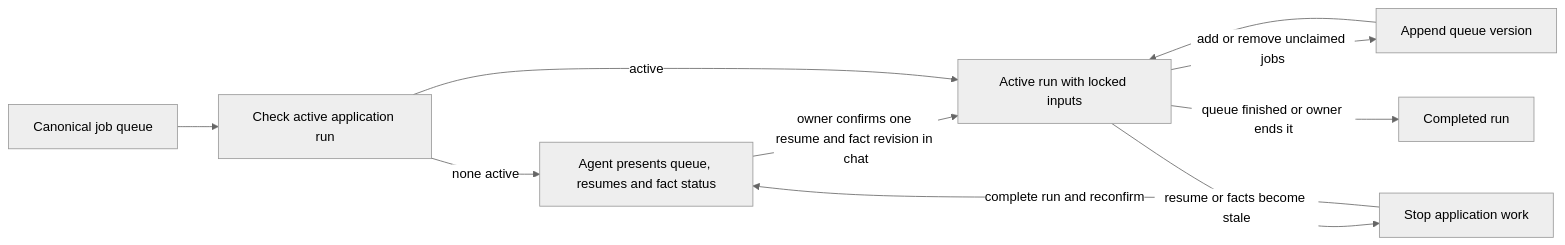
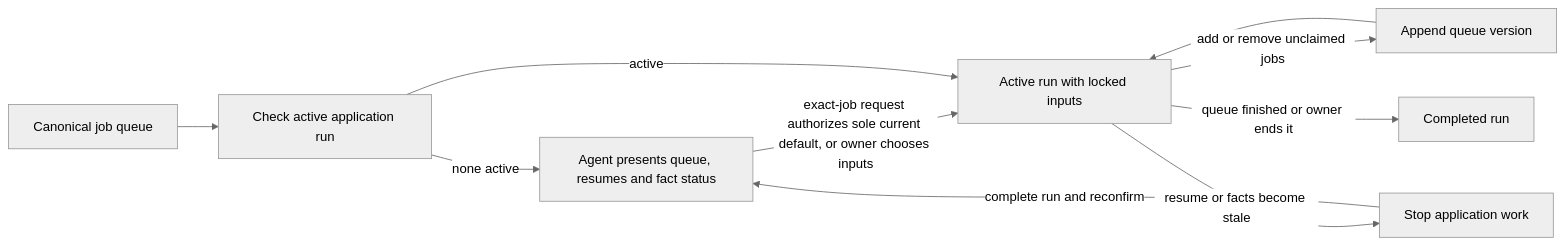
Before and after one commit to neonwatty/job-apply-plugin: the fourth of 5 diagrams in skills/answer-memory/references/workflow-map.md, drawn with Mermaid (neutral theme). The commit also changed other lines of this file and 20 other files, not shown here.

````diff
--- a/skills/answer-memory/references/workflow-map.md
+++ b/skills/answer-memory/references/workflow-map.md
@@ -80,12 +80,12 @@
 ```mermaid
 flowchart LR
   Queue[Canonical job queue] --> Status[Check active application run]
   Status -->|none active| Choice[Agent presents queue, resumes and fact status]
-  Choice -->|owner confirms one resume and fact revision in chat| Run[Active run with locked inputs]
+  Choice -->|exact-job request authorizes sole current default, or owner chooses inputs| Run[Active run with locked inputs]
   Status -->|active| Run
   Run -->|add or remove unclaimed jobs| Version[Append queue version]
   Version --> Run
   Run -->|resume or facts become stale| Stop[Stop application work]
   Stop -->|complete run and reconfirm| Choice
   Run -->|queue finished or owner ends it| Complete[Completed run]
 ```
````
